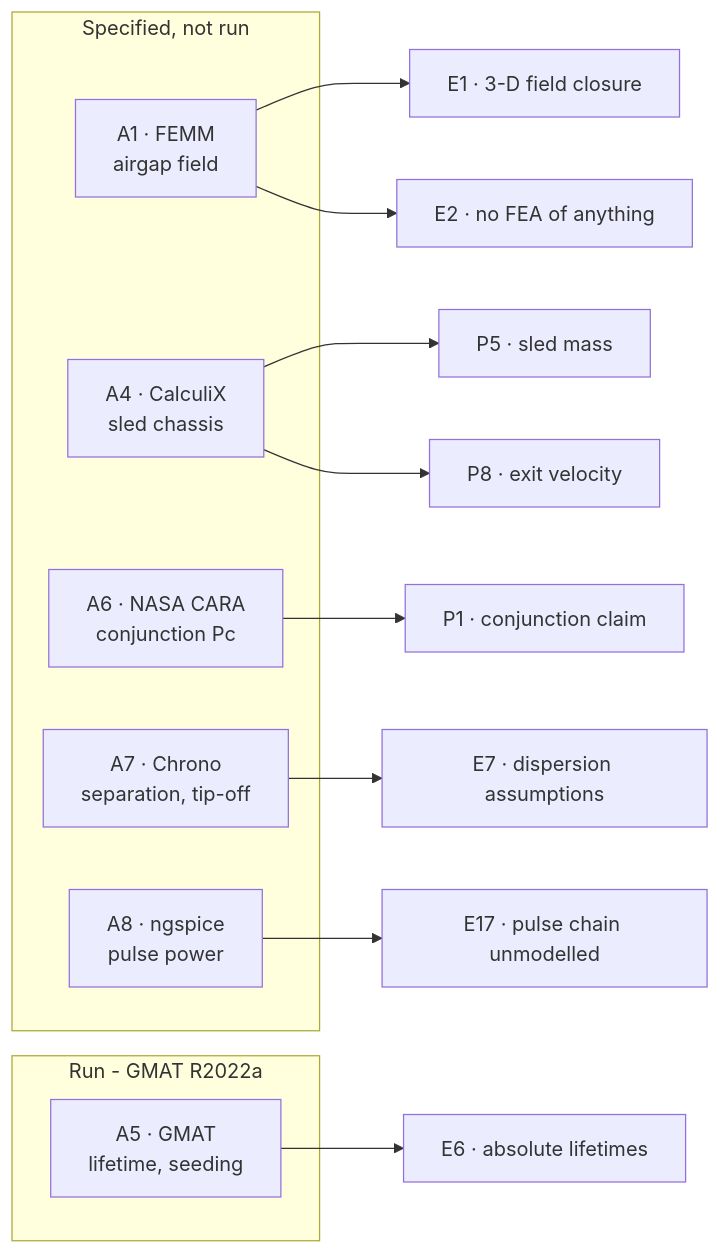
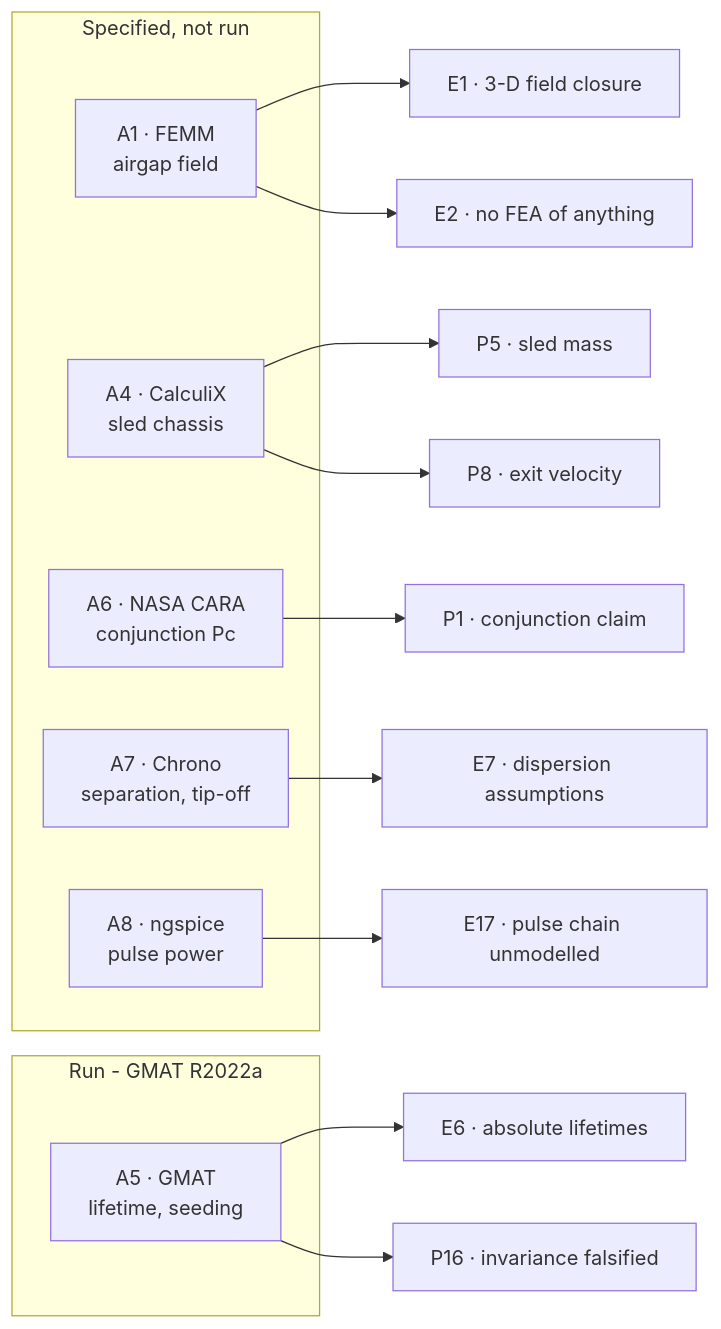
One commit to aaaaaaaaaaaavm/EMOCD changed the eighth of 11 diagrams in RESULTS.md. Above: the diagram before and after it, drawn with Mermaid. The commit also changed other lines of this file and 9 other files, not shown here.

````diff
--- a/RESULTS.md
+++ b/RESULTS.md
@@ -162,21 +162,22 @@
 ```mermaid
 flowchart LR
     subgraph SPEC["Specified, not run"]
         A1["A1 · FEMM<br/>airgap field"]
         A4["A4 · CalculiX<br/>sled chassis"]
         A6["A6 · NASA CARA<br/>conjunction Pc"]
         A7["A7 · Chrono<br/>separation, tip-off"]
         A8["A8 · ngspice<br/>pulse power"]
     end
     subgraph RUN["Run - GMAT R2022a"]
         A5["A5 · GMAT<br/>lifetime, seeding"]
     end
     A1 --> E1["E1 · 3-D field closure"]
     A1 --> E2["E2 · no FEA of anything"]
     A4 --> P5["P5 · sled mass"]
     A4 --> P8["P8 · exit velocity"]
     A5 --> E6["E6 · absolute lifetimes"]
+    A5 --> P16["P16 · invariance falsified"]
     A6 --> P1["P1 · conjunction claim"]
     A7 --> E7["E7 · dispersion assumptions"]
     A8 --> E17["E17 · pulse chain unmodelled"]
 ```
````
